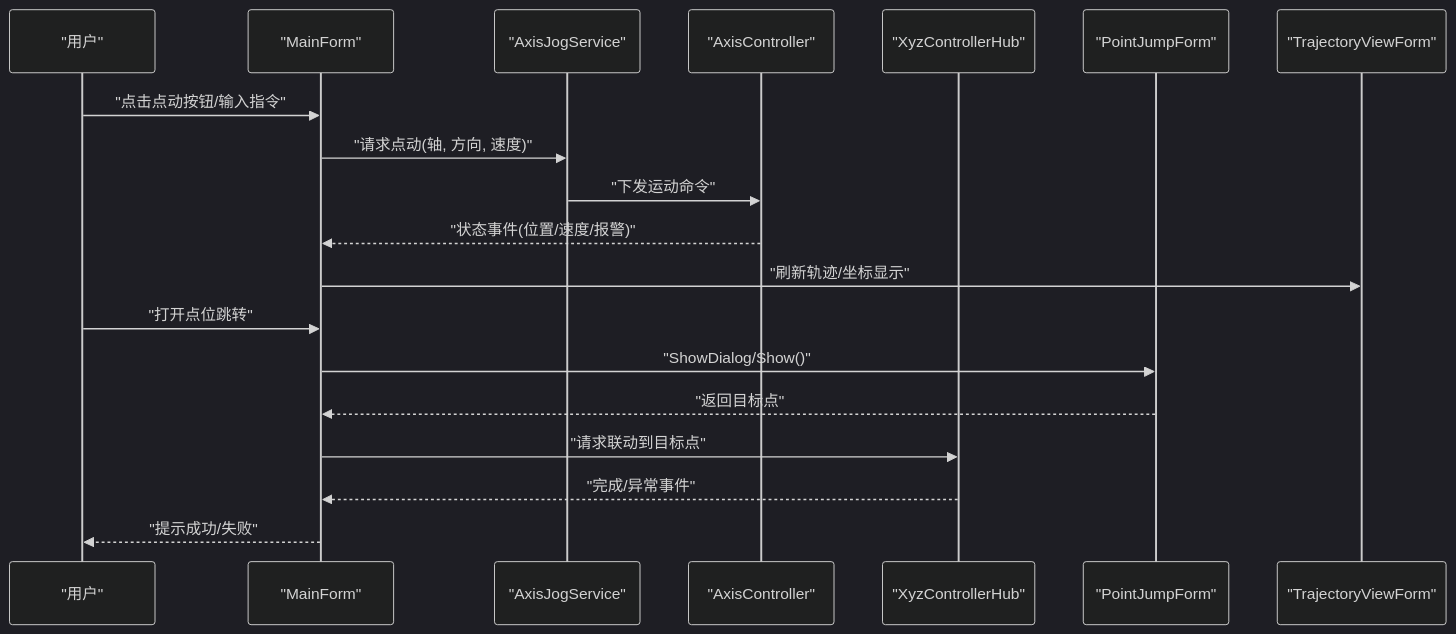
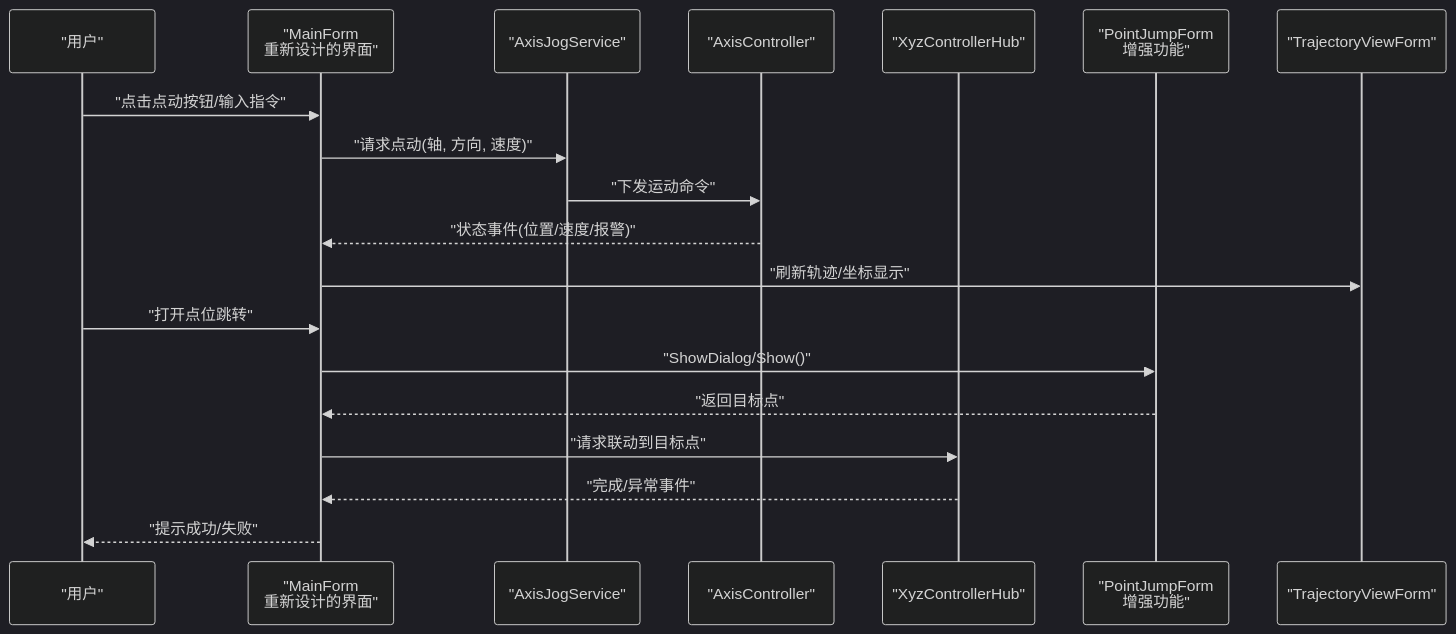
One commit to fuweiq94-cloud/3399180760 changed the second of 5 diagrams in .qoder/repowiki/zh/content/架构设计/主窗体协调器.md. Above: the diagram before and after it, drawn with Mermaid (dark theme). The commit also changed other lines of this file and 22 other files, not shown here.

````diff
--- a/.qoder/repowiki/zh/content/架构设计/主窗体协调器.md
+++ b/.qoder/repowiki/zh/content/架构设计/主窗体协调器.md
@@ -109,21 +123,21 @@
 ```mermaid
 sequenceDiagram
 participant U as "用户"
-participant MF as "MainForm"
+participant MF as "MainForm<br/>重新设计的界面"
 participant AJS as "AxisJogService"
 participant AC as "AxisController"
 participant XCH as "XyzControllerHub"
-participant PJF as "PointJumpForm"
+participant PJF as "PointJumpForm<br/>增强功能"
 participant TVF as "TrajectoryViewForm"
 U->>MF : "点击点动按钮/输入指令"
 MF->>AJS : "请求点动(轴, 方向, 速度)"
 AJS->>AC : "下发运动命令"
 AC-->>MF : "状态事件(位置/速度/报警)"
 MF->>TVF : "刷新轨迹/坐标显示"
 U->>MF : "打开点位跳转"
 MF->>PJF : "ShowDialog/Show()"
 PJF-->>MF : "返回目标点"
 MF->>XCH : "请求联动到目标点"
 XCH-->>MF : "完成/异常事件"
 MF-->>U : "提示成功/失败"
 ```
````
